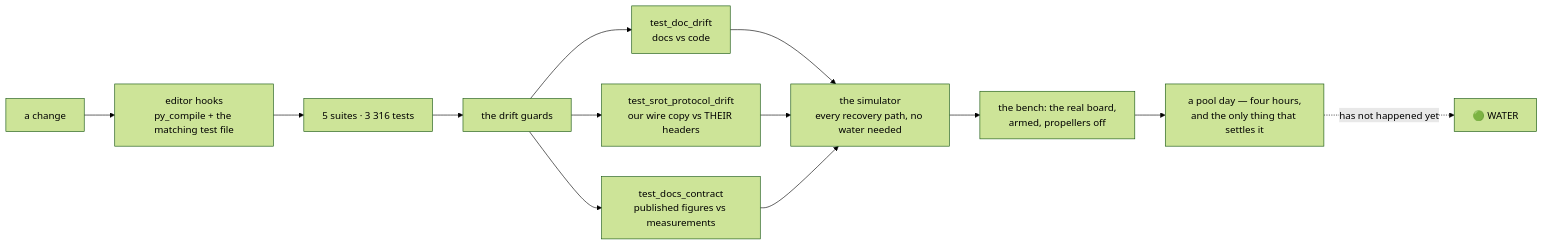
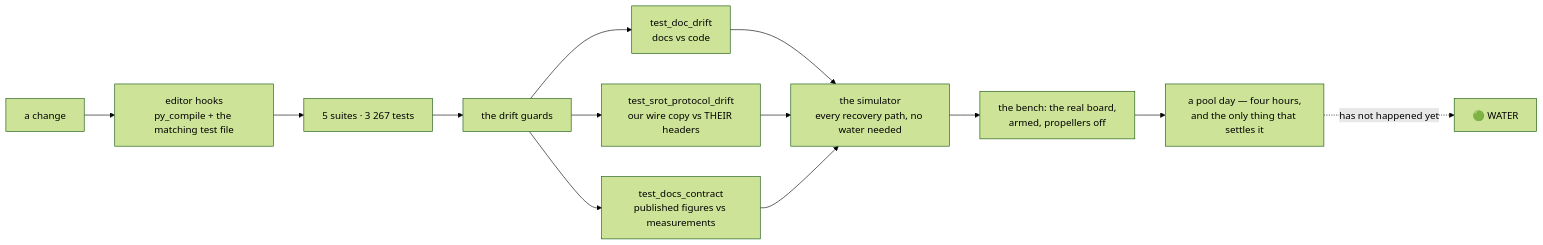
The ninth of 10 diagrams in README.md (fh1m/duburi_ws), drawn with Mermaid (forest theme) before and after one commit. The commit also changed other lines of this file and 53 other files, not shown here.

````diff
--- a/README.md
+++ b/README.md
@@ -752,15 +752,15 @@
 ```mermaid
 flowchart LR
     DEV["a change"] --> HOOK["editor hooks<br/>py_compile + the matching test file"]
-    HOOK --> UNIT["5 suites · 3 316 tests"]
+    HOOK --> UNIT["5 suites · 3 267 tests"]
     UNIT --> GUARD["the drift guards"]
     GUARD --> G1["test_doc_drift<br/>docs vs code"]
     GUARD --> G2["test_srot_protocol_drift<br/>our wire copy vs THEIR headers"]
     GUARD --> G3["test_docs_contract<br/>published figures vs measurements"]
     G1 --> SIM["the simulator<br/>every recovery path, no water needed"]
     G2 --> SIM
     G3 --> SIM
     SIM --> BENCH["the bench: the real board,<br/>armed, propellers off"]
     BENCH --> POOL["a pool day — four hours,<br/>and the only thing that settles it"]
     POOL -.->|"has not happened yet"| WATER["🟢 WATER"]
 ```
````
